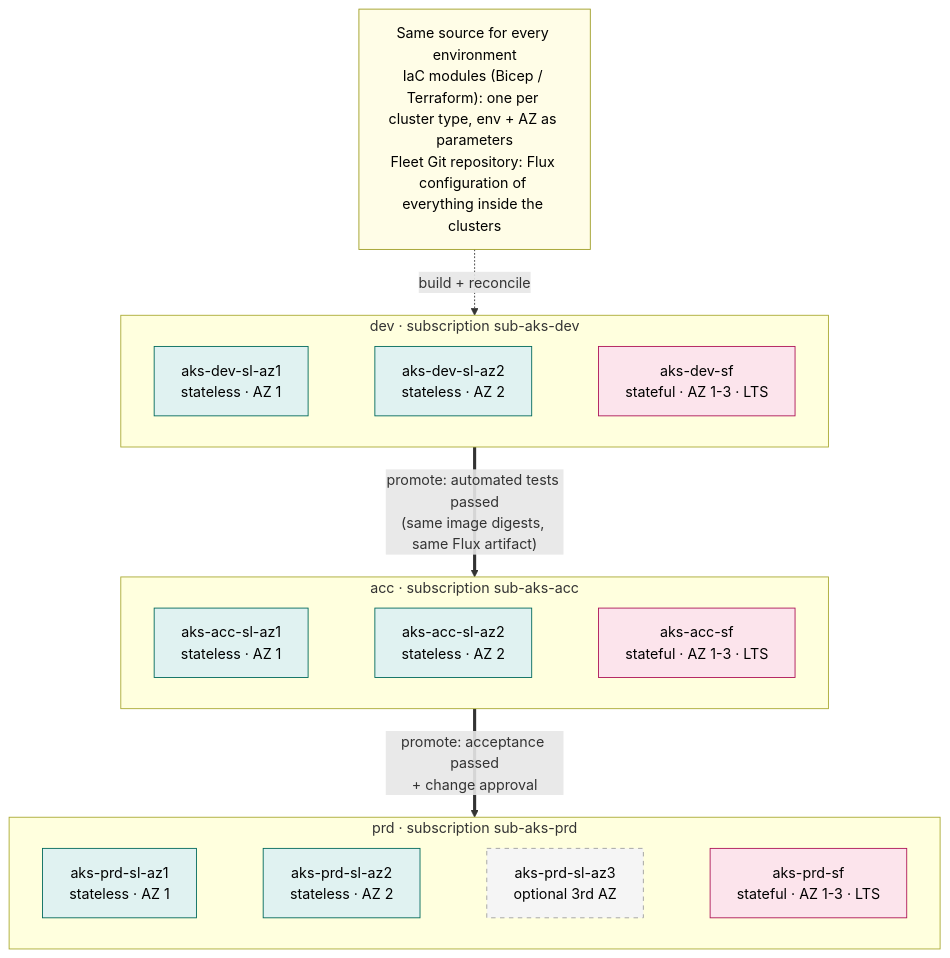
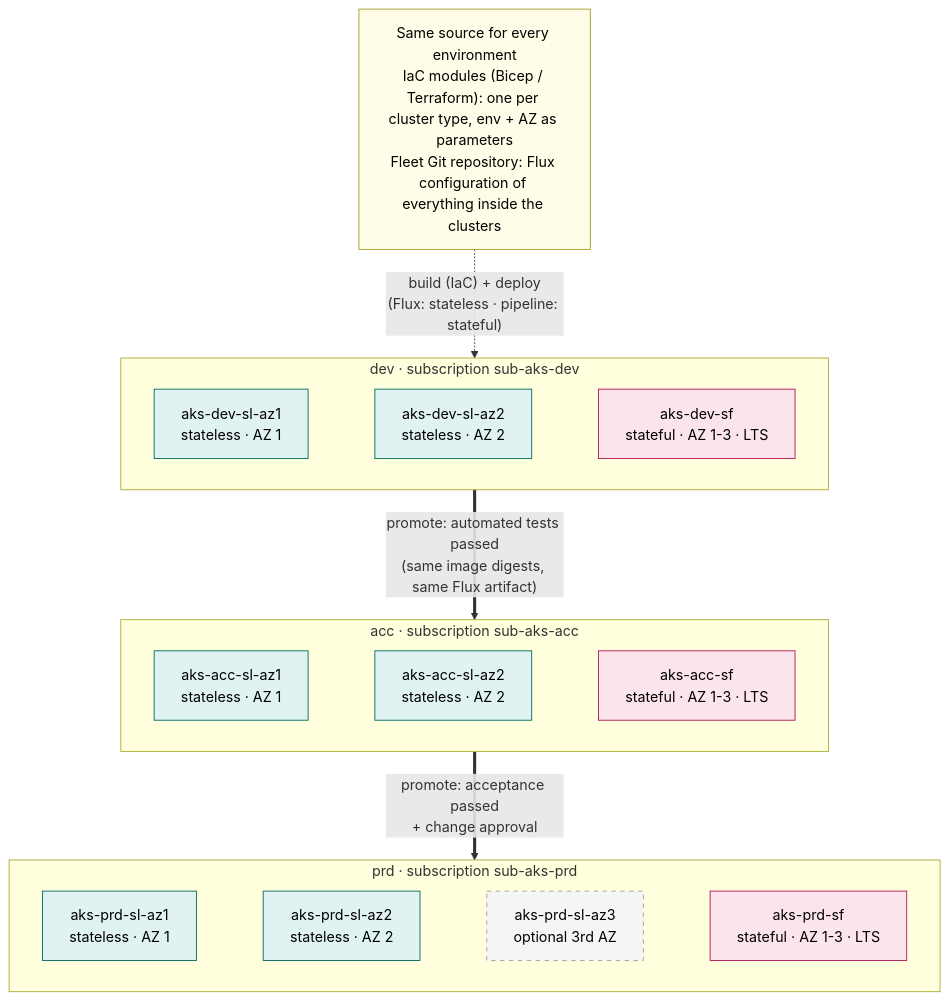
Before and after one commit to olljanat-ai/aks-design: the diagram in diagrams/09-environments.mmd, drawn with Mermaid. The commit also changed 4 other files, not shown here.

First line of the commit message:
Deploy the stateful cluster with CI/CD pipelines instead of FluxCD

```diff
--- a/diagrams/09-environments.mmd
+++ b/diagrams/09-environments.mmd
@@ -1,37 +1,37 @@
 %% Nine clusters: three environments x (two zonal stateless clusters + one stateful cluster).
 %% Every environment is built from the same IaC modules and the same Flux configuration, only parameters differ.
 flowchart TB
     src["Same source for every environment<br/>IaC modules (Bicep / Terraform): one per cluster type, env + AZ as parameters<br/>Fleet Git repository: Flux configuration of everything inside the clusters"]
 
     subgraph DEV["dev · subscription sub-aks-dev"]
         d1["aks-dev-sl-az1<br/>stateless · AZ 1"]
         d2["aks-dev-sl-az2<br/>stateless · AZ 2"]
         d3["aks-dev-sf<br/>stateful · AZ 1-3 · LTS"]
         d1 ~~~ d2 ~~~ d3
     end
     subgraph ACC["acc · subscription sub-aks-acc"]
         a1["aks-acc-sl-az1<br/>stateless · AZ 1"]
         a2["aks-acc-sl-az2<br/>stateless · AZ 2"]
         a3["aks-acc-sf<br/>stateful · AZ 1-3 · LTS"]
         a1 ~~~ a2 ~~~ a3
     end
     subgraph PRD["prd · subscription sub-aks-prd"]
         p1["aks-prd-sl-az1<br/>stateless · AZ 1"]
         p2["aks-prd-sl-az2<br/>stateless · AZ 2"]
         p4["aks-prd-sl-az3<br/>optional 3rd AZ"]
         p3["aks-prd-sf<br/>stateful · AZ 1-3 · LTS"]
         p1 ~~~ p2 ~~~ p4 ~~~ p3
     end
 
-    src -.->|"build + reconcile"| DEV
+    src -.->|"build (IaC) + deploy<br/>(Flux: stateless · pipeline: stateful)"| DEV
     DEV ==>|"promote: automated tests passed<br/>(same image digests, same Flux artifact)"| ACC
     ACC ==>|"promote: acceptance passed<br/>+ change approval"| PRD
 
     classDef sl fill:#e0f2f1,stroke:#00695c,color:#000
     classDef sf fill:#fce4ec,stroke:#ad1457,color:#000
     classDef opt fill:#f5f5f5,stroke:#9e9e9e,color:#000,stroke-dasharray: 5 5
     classDef note fill:#fffde7,stroke:#9e9d24,color:#000
     class d1,d2,a1,a2,p1,p2 sl
     class d3,a3,p3 sf
     class p4 opt
     class src note
```
